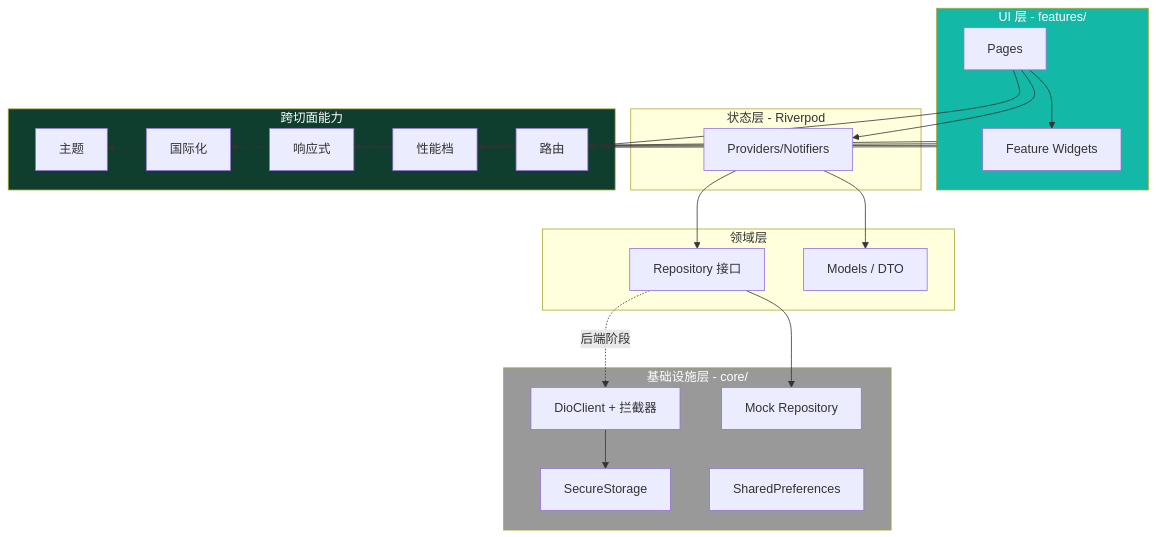
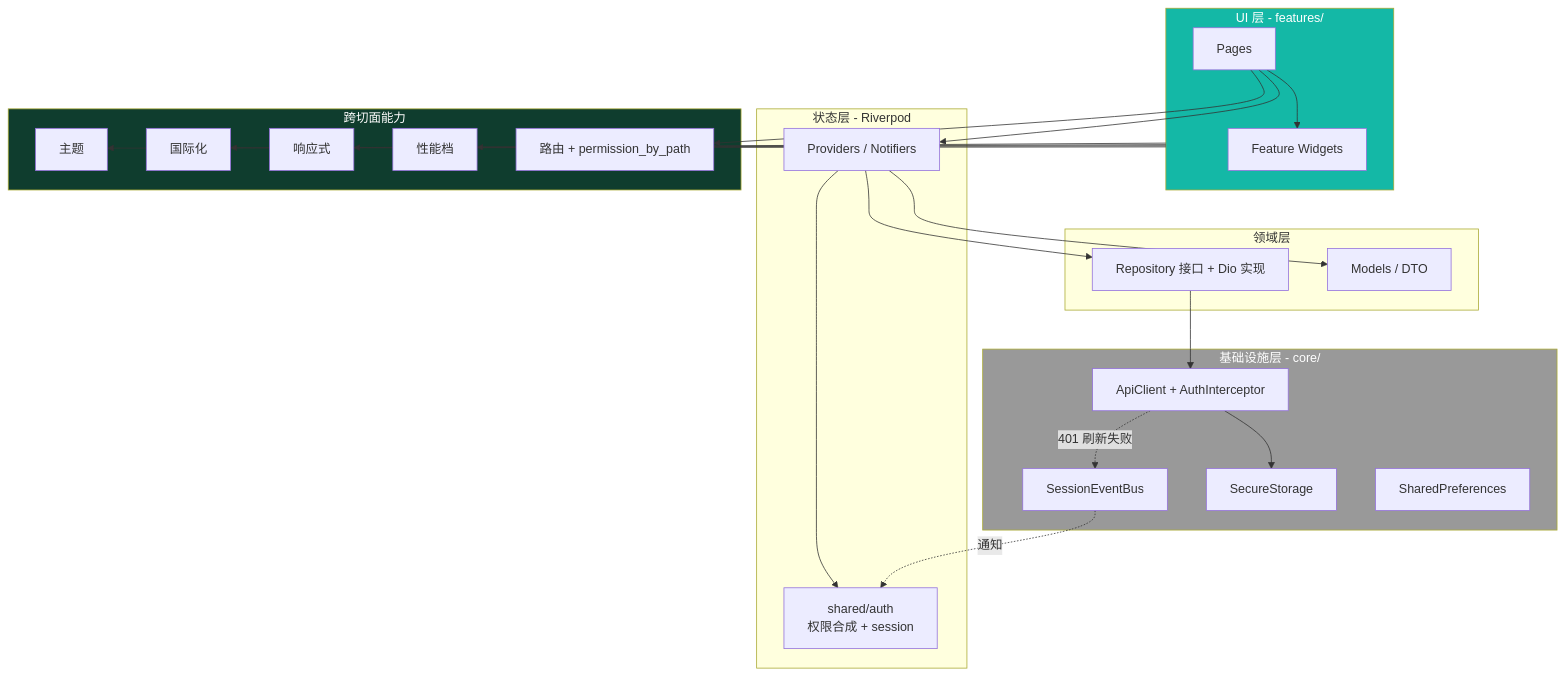
The first of 4 diagrams in docs/05-架构/架构总览.md (BruceChu0424/utenelec_imp), drawn with Mermaid before and after one commit. The commit also changed other lines of this file and 210 other files, not shown here.

````diff
--- a/docs/05-架构/架构总览.md
+++ b/docs/05-架构/架构总览.md
@@ -9,49 +9,52 @@
 ```mermaid
 flowchart TB
     subgraph UI[UI 层 - features/]
         Pages[Pages]
         Widgets[Feature Widgets]
     end
 
     subgraph State[状态层 - Riverpod]
-        Providers[Providers/Notifiers]
+        Providers[Providers / Notifiers]
+        Auth[shared/auth\n权限合成 + session]
     end
 
     subgraph Domain[领域层]
-        Repos[Repository 接口]
+        Repos[Repository 接口 + Dio 实现]
         Models[Models / DTO]
     end
 
     subgraph Infra[基础设施层 - core/]
-        DioClient[DioClient + 拦截器]
-        Mock[Mock Repository]
+        ApiClient[ApiClient + AuthInterceptor]
+        EventBus[SessionEventBus]
         SecureStorage[SecureStorage]
         Prefs[SharedPreferences]
     end
 
     subgraph Foundation[跨切面能力]
         Theme[主题]
         L10n[国际化]
         Responsive[响应式]
         Perf[性能档]
-        Router[路由]
+        Router[路由 + permission_by_path]
     end
 
     Pages --> Widgets
     Pages --> Providers
     Providers --> Repos
-    Repos --> Mock
-    Repos -.后端阶段.-> DioClient
+    Providers --> Auth
+    Repos --> ApiClient
+    ApiClient --> SecureStorage
+    ApiClient -.401 刷新失败.-> EventBus
+    EventBus -.通知.-> Auth
     Providers --> Models
-    DioClient --> SecureStorage
 
     UI --> Theme
     UI --> L10n
     UI --> Responsive
     UI --> Perf
     Pages --> Router
 
     style UI fill:#14B8A6,color:#fff
     style Foundation fill:#0F3D2E,color:#fff
     style Infra fill:#999,color:#fff
 ```
````
